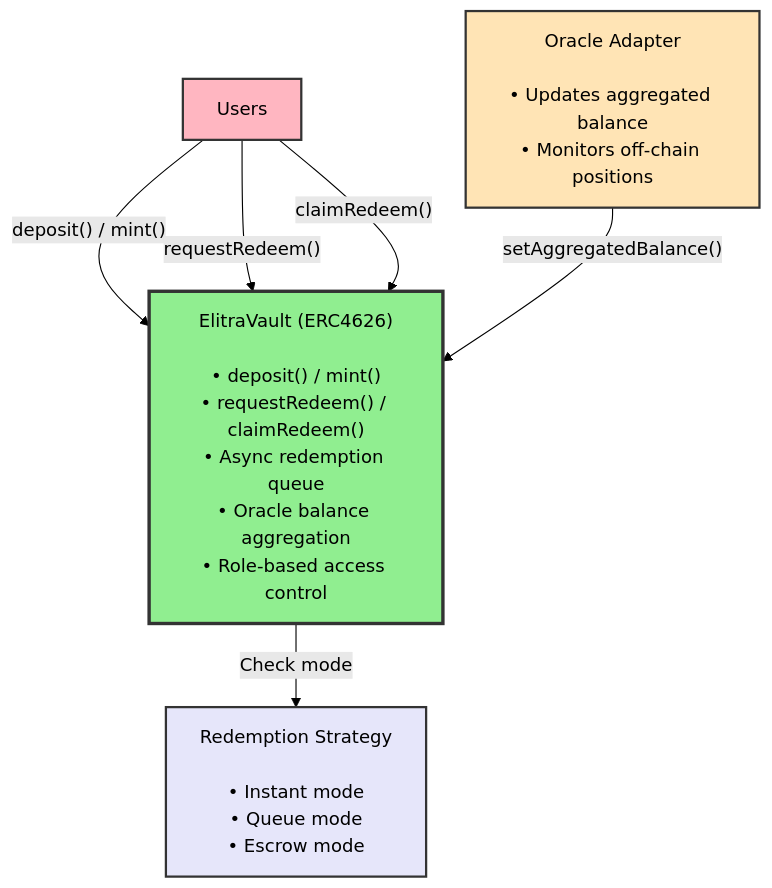
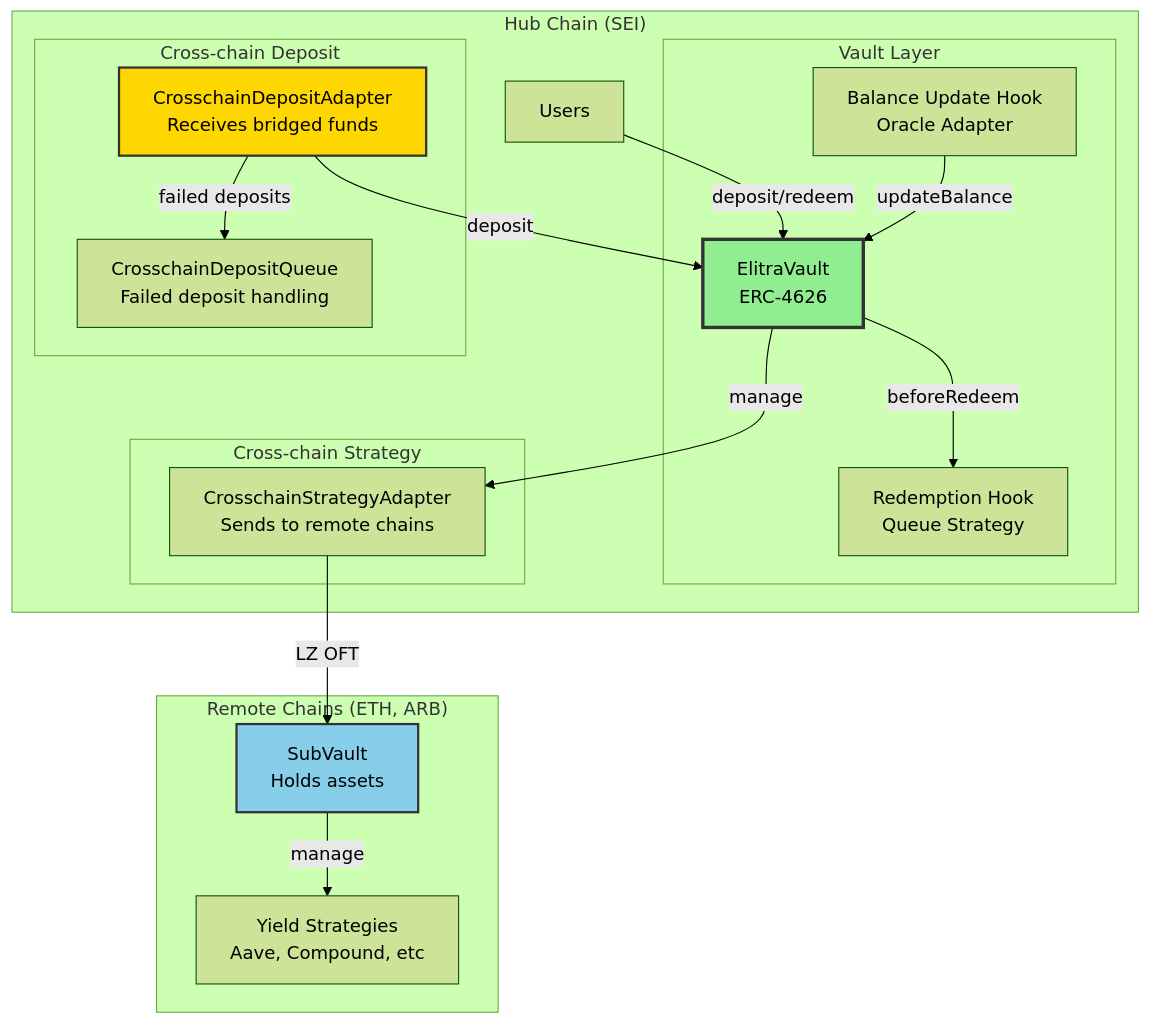
Before and after one commit to elitraOS/elitra-core: the first of 14 diagrams in README.md, drawn with Mermaid (forest theme). The commit also changed other lines of this file and 5 other files, not shown here.

````diff
--- a/README.md
+++ b/README.md
@@ -33,22 +17,41 @@
 ```mermaid
 graph TB
-    Users["Users"]
+    subgraph "Hub Chain (SEI)"
+        Users[Users]
 
-    Vault["ElitraVault (ERC4626)<br/><br/>• deposit() / mint()<br/>• requestRedeem() / claimRedeem()<br/>• Async redemption queue<br/>• Oracle balance aggregation<br/>• Role-based access control"]
+        subgraph "Vault Layer"
+            Vault[ElitraVault<br/>ERC-4626]
+            Oracle[Balance Update Hook<br/>Oracle Adapter]
+            Redemption[Redemption Hook<br/>Queue Strategy]
+        end
 
-    Oracle["Oracle Adapter<br/><br/>• Updates aggregated balance<br/>• Monitors off-chain positions"]
+        subgraph "Cross-chain Deposit"
+            DepositAdapter[CrosschainDepositAdapter<br/>Receives bridged funds]
+            DepositQueue[CrosschainDepositQueue<br/>Failed deposit handling]
+        end
 
-    Redemption["Redemption Strategy<br/><br/>• Instant mode<br/>• Queue mode<br/>• Escrow mode"]
+        subgraph "Cross-chain Strategy"
+            StrategyAdapter[CrosschainStrategyAdapter<br/>Sends to remote chains]
+        end
+    end
 
-    Users -->|"deposit() / mint()"| Vault
-    Users -->|"requestRedeem()"| Vault
-    Users -->|"claimRedeem()"| Vault
+    subgraph "Remote Chains (ETH, ARB)"
+        SubVault[SubVault<br/>Holds assets]
+        Strategies[Yield Strategies<br/>Aave, Compound, etc]
+    end
 
-    Oracle -->|"setAggregatedBalance()"| Vault
-    Vault -->|"Check mode"| Redemption
+    Users -->|deposit/redeem| Vault
+    Oracle -->|updateBalance| Vault
+    Vault -->|beforeRedeem| Redemption
+
+    DepositAdapter -->|deposit| Vault
+    DepositAdapter -->|failed deposits| DepositQueue
+
+    Vault -->|manage| StrategyAdapter
+    StrategyAdapter -->|LZ OFT| SubVault
+    SubVault -->|manage| Strategies
 
     style Vault fill:#90EE90,stroke:#333,stroke-width:3px
-    style Users fill:#FFB6C1,stroke:#333,stroke-width:2px
-    style Oracle fill:#FFE4B5,stroke:#333,stroke-width:2px
-    style Redemption fill:#E6E6FA,stroke:#333,stroke-width:2px
+    style DepositAdapter fill:#FFD700,stroke:#333,stroke-width:2px
+    style SubVault fill:#87CEEB,stroke:#333,stroke-width:2px
 ```
````
